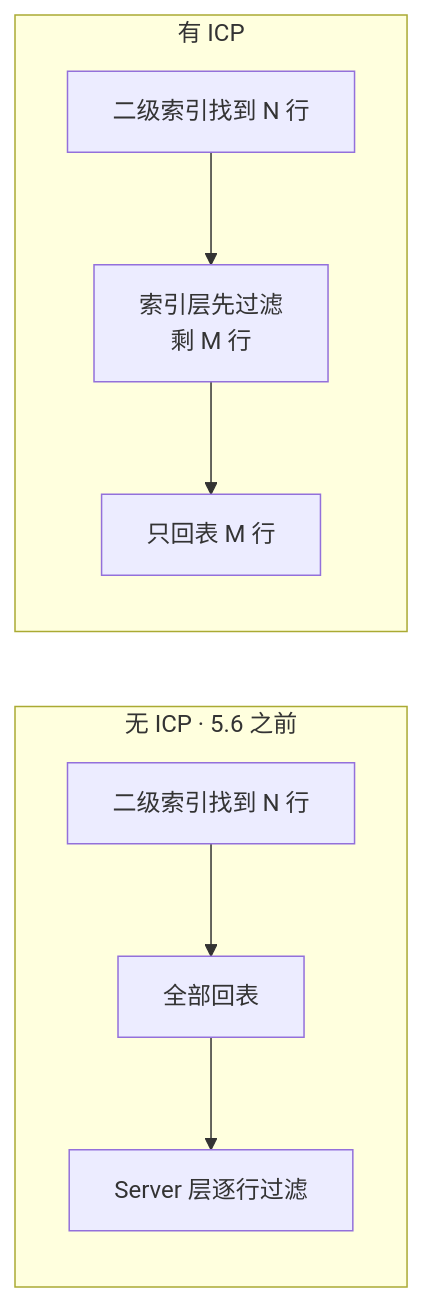
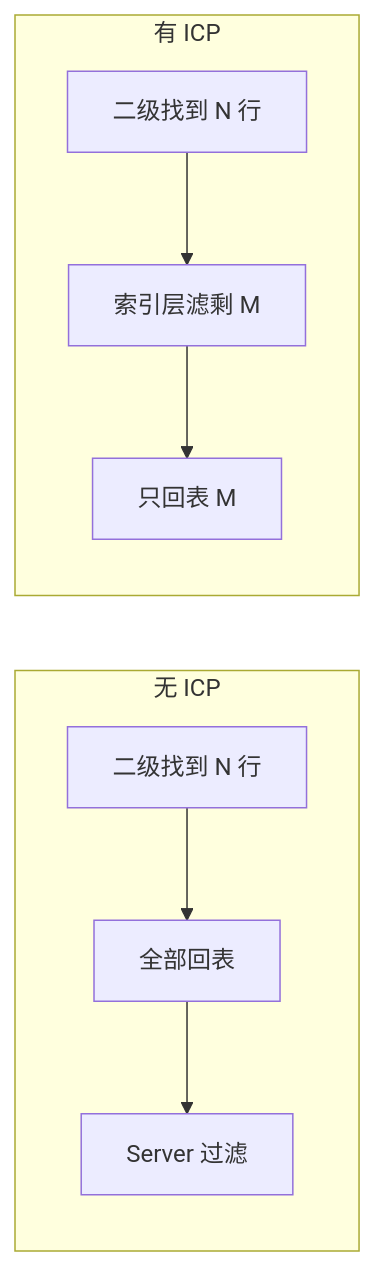
One commit to ml-cuizijun/LearnToLilith changed the seventh of 9 diagrams in 02-中间件与数据库/01-MySQL/02-索引与执行计划/知识点.md. Above: the diagram before and after it, drawn with Mermaid. The commit also changed other lines of this file and 178 other files, not shown here.

````diff
--- a/02-中间件与数据库/01-MySQL/02-索引与执行计划/知识点.md
+++ b/02-中间件与数据库/01-MySQL/02-索引与执行计划/知识点.md
@@ -295,9 +287,9 @@
 ```mermaid
 flowchart LR
-    subgraph BEFORE["无 ICP · 5.6 之前"]
-        B1["二级索引找到 N 行"] --> B2["全部回表"] --> B3["Server 层逐行过滤"]
+    subgraph BEFORE["无 ICP"]
+        B1["二级找到 N 行"] --> B2["全部回表"] --> B3["Server 过滤"]
     end
     subgraph AFTER["有 ICP"]
-        A1["二级索引找到 N 行"] --> A2["索引层先过滤<br/>剩 M 行"] --> A3["只回表 M 行"]
+        A1["二级找到 N 行"] --> A2["索引层滤剩 M"] --> A3["只回表 M"]
     end
 ```
````
